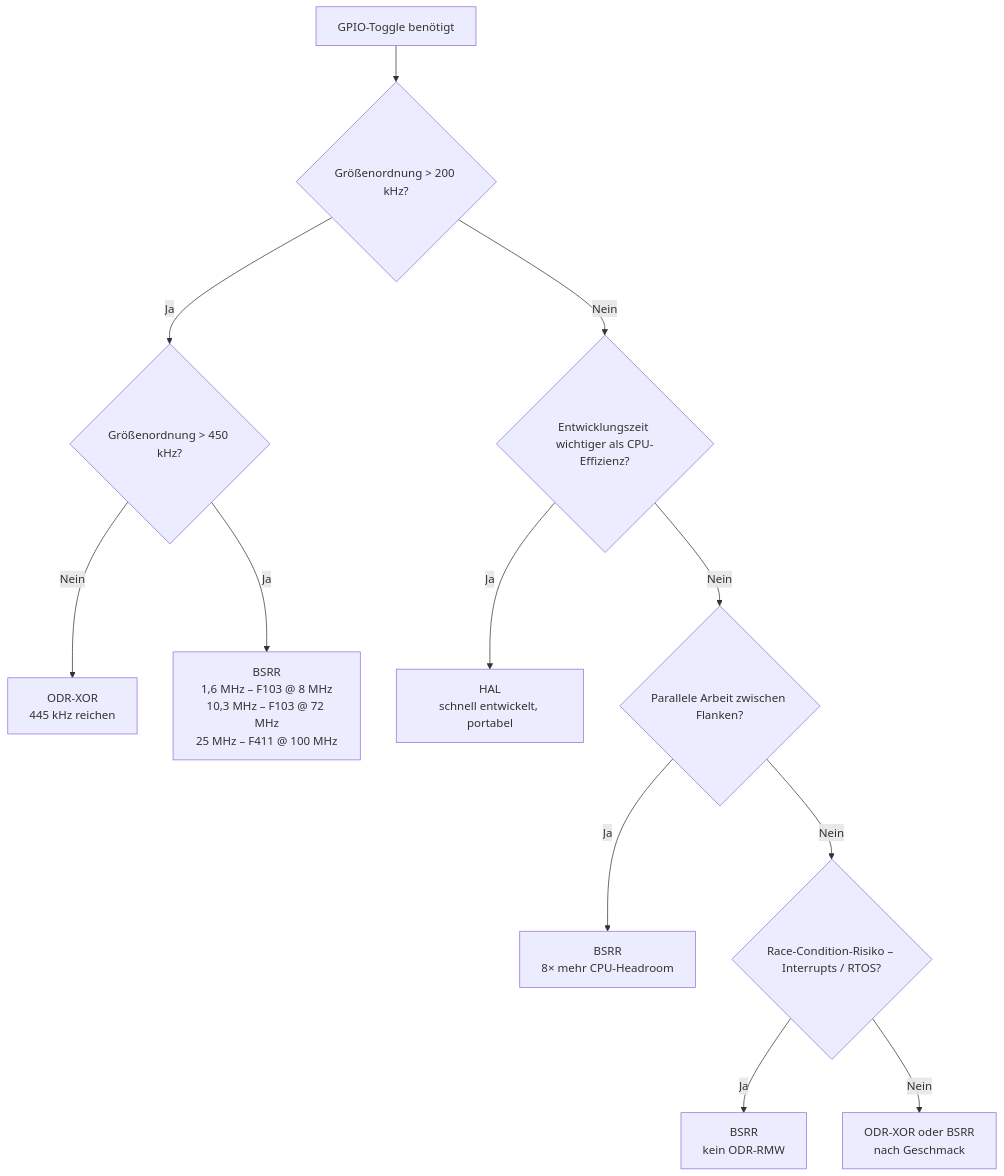
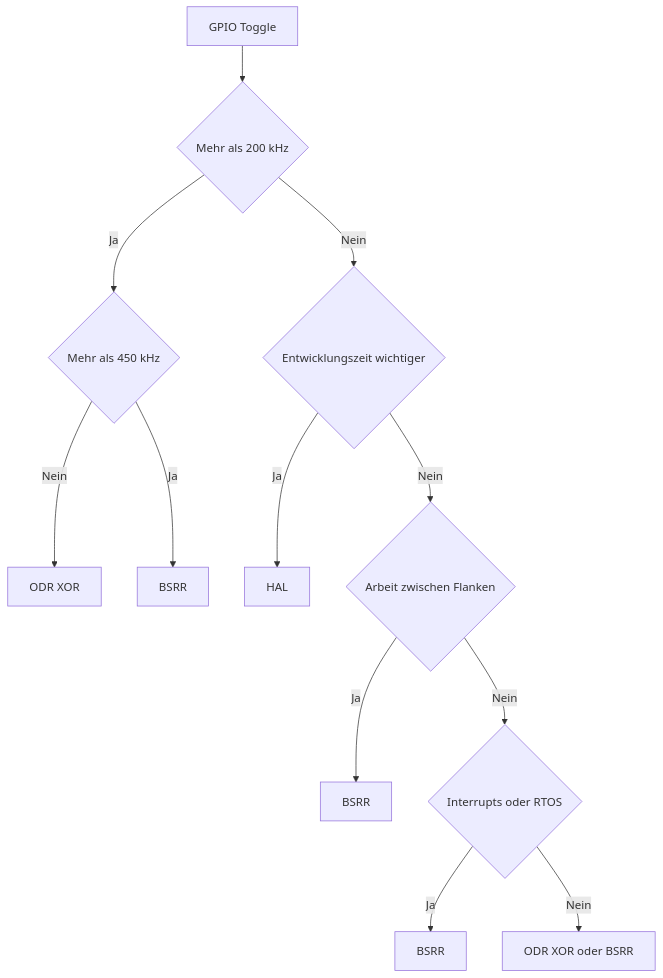
One commit to STM32-Guru-Lab/fonsclarus-engineering changed the diagram in content/blog/stm32-gpio-summary-guide/index.md. Above: the diagram before and after it, drawn with Mermaid. The commit also changed 1 other file, not shown here.

Commit message:
Fix STM32 GPIO guide Mermaid rendering

````diff
--- a/content/blog/stm32-gpio-summary-guide/index.md
+++ b/content/blog/stm32-gpio-summary-guide/index.md
@@ -64,14 +64,27 @@
 ```mermaid
-graph TD
-    A["GPIO-Toggle benötigt"] --> B{"Größenordnung > 200 kHz?"}
-    B -->|Nein| C{"Entwicklungszeit wichtiger als CPU-Effizienz?"}
-    B -->|Ja| D{"Größenordnung > 450 kHz?"}
-    D -->|Nein| E["ODR-XOR<br>445 kHz reichen"]
-    D -->|Ja| F["BSRR<br>1,6 MHz – F103 @ 8 MHz<br>10,3 MHz – F103 @ 72 MHz<br>25 MHz – F411 @ 100 MHz"]
-    C -->|Ja| G["HAL<br>schnell entwickelt, portabel"]
-    C -->|Nein| H{"Parallele Arbeit zwischen Flanken?"}
-    H -->|Ja| I["BSRR<br>8× mehr CPU-Headroom"]
-    H -->|Nein| J{"Race-Condition-Risiko – Interrupts / RTOS?"}
-    J -->|Ja| K["BSRR<br>kein ODR-RMW"]
-    J -->|Nein| L["ODR-XOR oder BSRR<br>nach Geschmack"]
+flowchart TD
+    n_start["GPIO Toggle"]
+    n_fast{"Mehr als 200 kHz"}
+    n_dev{"Entwicklungszeit wichtiger"}
+    n_very_fast{"Mehr als 450 kHz"}
+    n_odr["ODR XOR"]
+    n_bsrr_fast["BSRR"]
+    n_hal["HAL"]
+    n_work{"Arbeit zwischen Flanken"}
+    n_bsrr_headroom["BSRR"]
+    n_race{"Interrupts oder RTOS"}
+    n_bsrr_rmw["BSRR"]
+    n_choice["ODR XOR oder BSRR"]
+
+    n_start --> n_fast
+    n_fast -- Nein --> n_dev
+    n_fast -- Ja --> n_very_fast
+    n_very_fast -- Nein --> n_odr
+    n_very_fast -- Ja --> n_bsrr_fast
+    n_dev -- Ja --> n_hal
+    n_dev -- Nein --> n_work
+    n_work -- Ja --> n_bsrr_headroom
+    n_work -- Nein --> n_race
+    n_race -- Ja --> n_bsrr_rmw
+    n_race -- Nein --> n_choice
 ```
````
